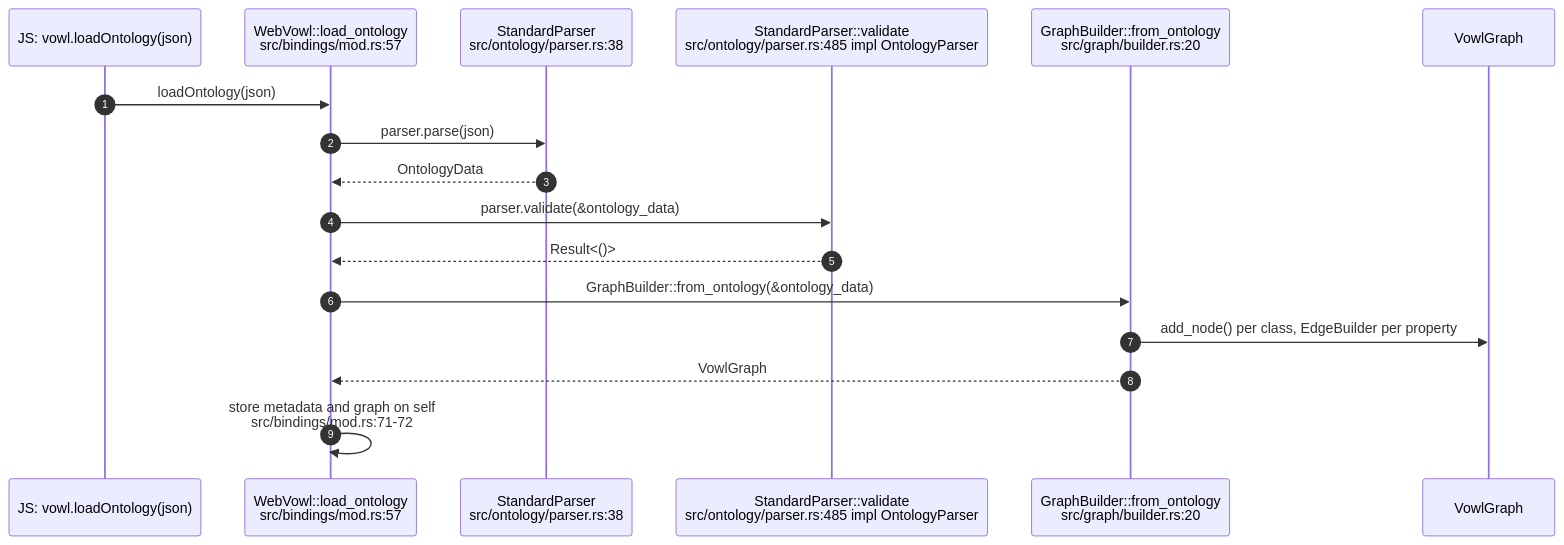
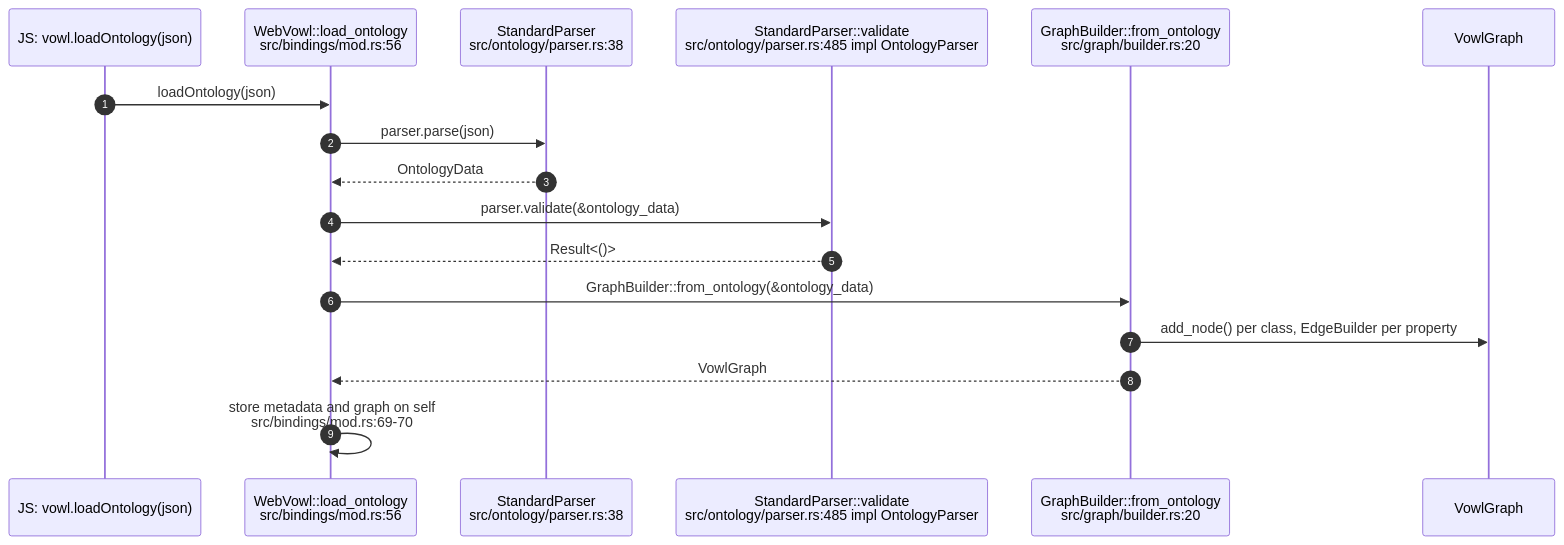
Before and after one commit to DreamLab-AI/VisionFlow: the first of 5 diagrams in docs/diagrams/vowl-wasm/02-owl-parse-to-graph-model.md, drawn with Mermaid. The commit also changed other lines of this file and 160 other files, not shown here.

````diff
--- a/docs/diagrams/vowl-wasm/02-owl-parse-to-graph-model.md
+++ b/docs/diagrams/vowl-wasm/02-owl-parse-to-graph-model.md
@@ -26,19 +26,19 @@
 ```mermaid
 sequenceDiagram
     autonumber
     participant JS as JS: vowl.loadOntology(json)
-    participant WV as WebVowl::load_ontology<br/>src/bindings/mod.rs:57
+    participant WV as WebVowl::load_ontology<br/>src/bindings/mod.rs:56
     participant SP as StandardParser<br/>src/ontology/parser.rs:38
     participant OV as StandardParser::validate<br/>src/ontology/parser.rs:485 impl OntologyParser
     participant GB as GraphBuilder::from_ontology<br/>src/graph/builder.rs:20
     participant G as VowlGraph
     JS->>WV: loadOntology(json)
     WV->>SP: parser.parse(json)
     SP-->>WV: OntologyData
     WV->>OV: parser.validate(&ontology_data)
     OV-->>WV: Result<()>
     WV->>GB: GraphBuilder::from_ontology(&ontology_data)
     GB->>G: add_node() per class, EdgeBuilder per property
     GB-->>WV: VowlGraph
-    WV->>WV: store metadata and graph on self<br/>src/bindings/mod.rs:71-72
+    WV->>WV: store metadata and graph on self<br/>src/bindings/mod.rs:69-70
 ```
````
